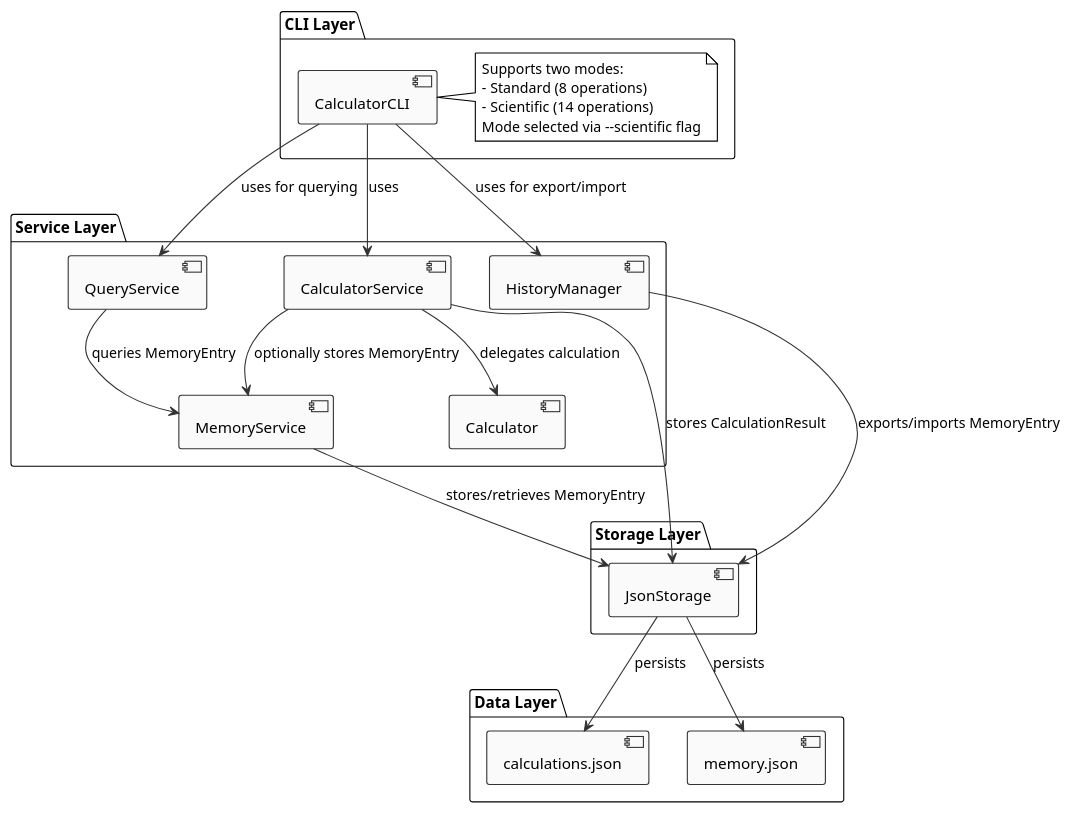
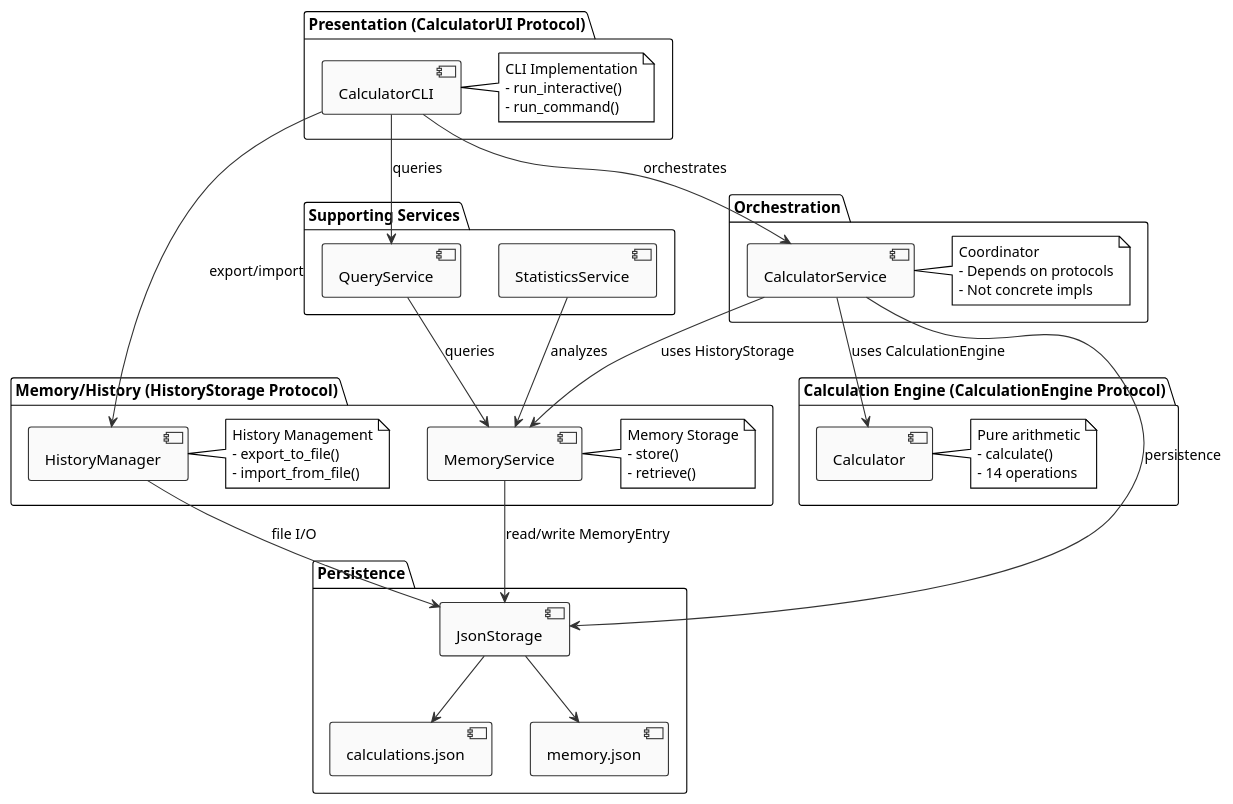
Before and after one commit to DanielRiha8906/Software_autoevolution_using_agents: the diagram in experiments/broadcast/structured_text/calculator/artifacts/component_diagram.puml, drawn with PlantUML. The commit also changed 7 other files, not shown here.

```diff
--- a/experiments/broadcast/structured_text/calculator/artifacts/component_diagram.puml
+++ b/experiments/broadcast/structured_text/calculator/artifacts/component_diagram.puml
@@ -1,52 +1,79 @@
 @startuml
 !theme plain
 skinparam componentBackgroundColor #FAFAFA
 skinparam componentBorderColor #333333
 skinparam arrowColor #333333
 skinparam fontName Courier
 
-package "CLI Layer" {
+package "Presentation (CalculatorUI Protocol)" as UI {
   component [CalculatorCLI] as CLI
   note right of CLI
-    Supports two modes:
-    - Standard (8 operations)
-    - Scientific (14 operations)
-    Mode selected via --scientific flag
+    CLI Implementation
+    - run_interactive()
+    - run_command()
   end note
 }
 
-package "Service Layer" {
-  component [CalculatorService] as CalcService
-  component [MemoryService] as MemService
-  component [HistoryManager] as HistMgr
-  component [QueryService] as QuerySvc
-  component [Calculator] as CalcLogic
+package "Calculation Engine (CalculationEngine Protocol)" as Calc {
+  component [Calculator] as CalcImpl
+  note right of CalcImpl
+    Pure arithmetic
+    - calculate()
+    - 14 operations
+  end note
 }
 
-package "Storage Layer" {
-  component [JsonStorage] as Storage
+package "Memory/History (HistoryStorage Protocol)" as Mem {
+  component [MemoryService] as MemSvc
+  component [HistoryManager] as HistMgr
+  note right of MemSvc
+    Memory Storage
+    - store()
+    - retrieve()
+  end note
+  note right of HistMgr
+    History Management
+    - export_to_file()
+    - import_from_file()
+  end note
 }
 
-package "Data Layer" {
-  component [calculations.json] as CalcFile
-  component [memory.json] as MemFile
+package "Orchestration" as Orch {
+  component [CalculatorService] as CalcService
+  note right of CalcService
+    Coordinator
+    - Depends on protocols
+    - Not concrete impls
+  end note
 }
 
-CLI --> CalcService: uses
-CLI --> QuerySvc: uses for querying
-CLI --> HistMgr: uses for export/import
+package "Supporting Services" as Support {
+  component [QueryService] as QuerySvc
+  component [StatisticsService] as StatsSvc
+}
 
-CalcService --> CalcLogic: delegates calculation
-CalcService --> Storage: stores CalculationResult
-CalcService --> MemService: optionally stores MemoryEntry
+package "Persistence" as Persist {
+  component [JsonStorage] as Storage
+  component [calculations.json]
+  component [memory.json]
+}
 
-MemService --> Storage: stores/retrieves MemoryEntry
+' Dependency relationships via protocols
+CLI --> CalcService: orchestrates
+CLI --> QuerySvc: queries
+CLI --> HistMgr: export/import
 
-HistMgr --> Storage: exports/imports MemoryEntry
+CalcService --> CalcImpl: uses CalculationEngine
+CalcService --> MemSvc: uses HistoryStorage
+CalcService --> Storage: persistence
 
-QuerySvc --> MemService: queries MemoryEntry
+MemSvc --> Storage: read/write MemoryEntry
+HistMgr --> Storage: file I/O
 
-Storage --> CalcFile: persists
-Storage --> MemFile: persists
+QuerySvc --> MemSvc: queries
+StatsSvc --> MemSvc: analyzes
+
+Storage --> calculations.json
+Storage --> memory.json
 
 @enduml
```
